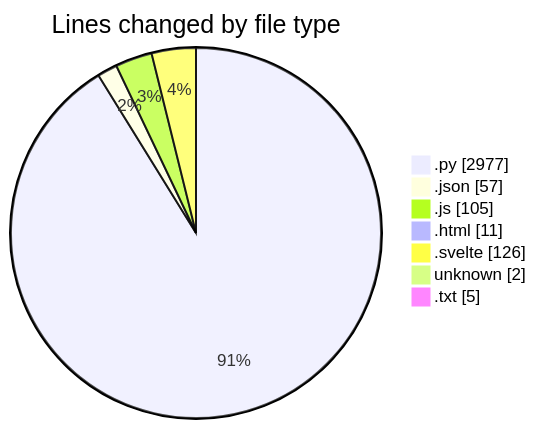
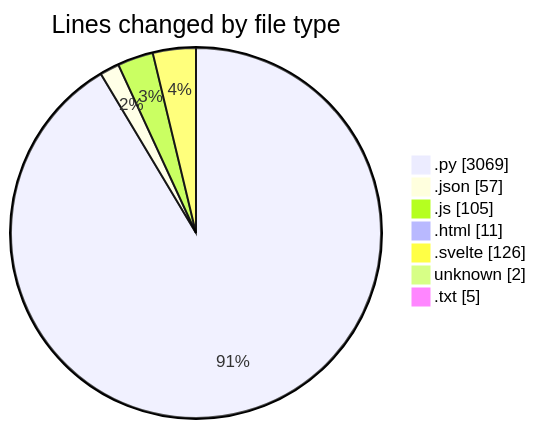
The first of 2 diagrams in 2025-07-10/toolsopenemalpass/README.md (lephambinh05/code-tracking), drawn with Mermaid before and after one commit. The commit also changed other lines of this file and 1 other file, not shown here.

````diff
--- a/2025-07-10/toolsopenemalpass/README.md
+++ b/2025-07-10/toolsopenemalpass/README.md
@@ -62,11 +62,11 @@
 ```mermaid
 pie showData
 title Lines changed by file type
-".py" : 2977
+".py" : 3069
 ".json" : 57
 ".js" : 105
 ".html" : 11
 ".svelte" : 126
 "unknown" : 2
 ".txt" : 5
 ```
````
